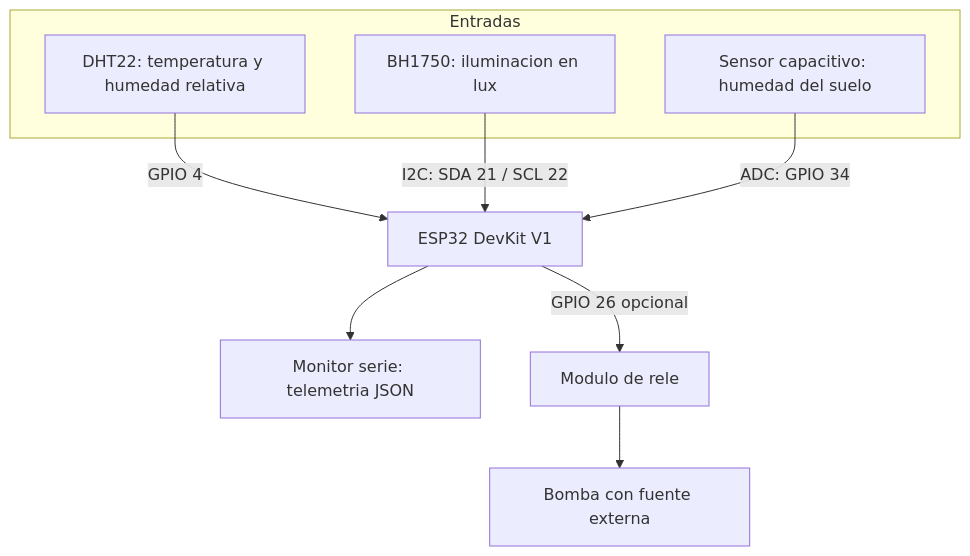
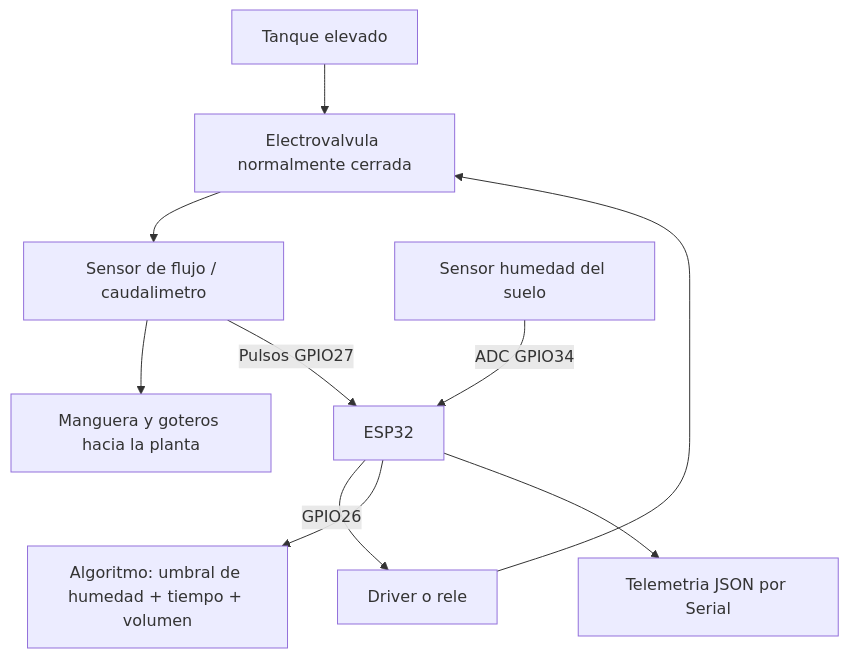
The diagram in diagramas/arquitectura.mmd (apolloscript3587/Mini-Invernadero-Inteligente), drawn with Mermaid before and after one commit.

Commit message:
Actualizar documentación para dos sensores y riego por gravedad

```diff
--- a/diagramas/arquitectura.mmd
+++ b/diagramas/arquitectura.mmd
@@ -1,13 +1,10 @@
 flowchart TD
-  subgraph Entradas
-    A[DHT22: temperatura y humedad relativa]
-    B[BH1750: iluminacion en lux]
-    C[Sensor capacitivo: humedad del suelo]
-  end
-  D[ESP32 DevKit V1]
-  A -->|GPIO 4| D
-  B -->|I2C: SDA 21 / SCL 22| D
-  C -->|ADC: GPIO 34| D
-  D --> E[Monitor serie: telemetria JSON]
-  D -->|GPIO 26 opcional| F[Modulo de rele]
-  F --> G[Bomba con fuente externa]
+ T[Tanque elevado] --> V[Electrovalvula normalmente cerrada]
+ V --> F[Sensor de flujo / caudalimetro]
+ F --> P[Manguera y goteros hacia la planta]
+ S[Sensor humedad del suelo] -->|ADC GPIO34| E[ESP32]
+ F -->|Pulsos GPIO27| E
+ E -->|GPIO26| D[Driver o rele]
+ D --> V
+ E --> A[Algoritmo: umbral de humedad + tiempo + volumen]
+ E --> J[Telemetria JSON por Serial]
```
